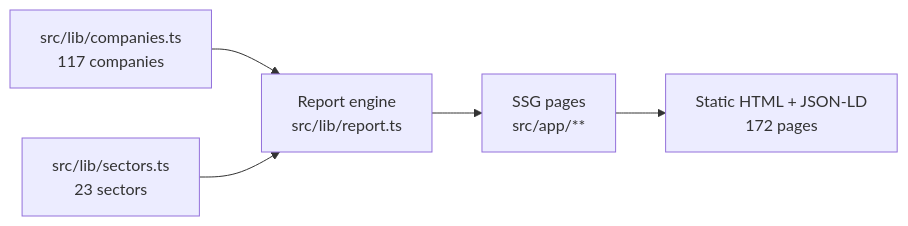
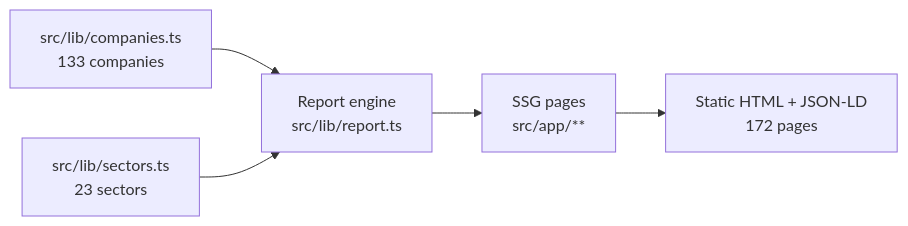
Before and after one commit to AjithSrikumar/passive-research: the first of 2 diagrams in docs/ARCHITECTURE.md, drawn with Mermaid. The commit also changed other lines of this file and 146 other files, not shown here.

````diff
--- a/docs/ARCHITECTURE.md
+++ b/docs/ARCHITECTURE.md
@@ -14,7 +14,7 @@
 ```mermaid
 flowchart LR
-  A[src/lib/companies.ts<br/>117 companies] --> C[Report engine<br/>src/lib/report.ts]
+  A[src/lib/companies.ts<br/>133 companies] --> C[Report engine<br/>src/lib/report.ts]
   B[src/lib/sectors.ts<br/>23 sectors] --> C
   C --> D[SSG pages<br/>src/app/**]
   D --> E[Static HTML + JSON-LD<br/>172 pages]
 ```
````
